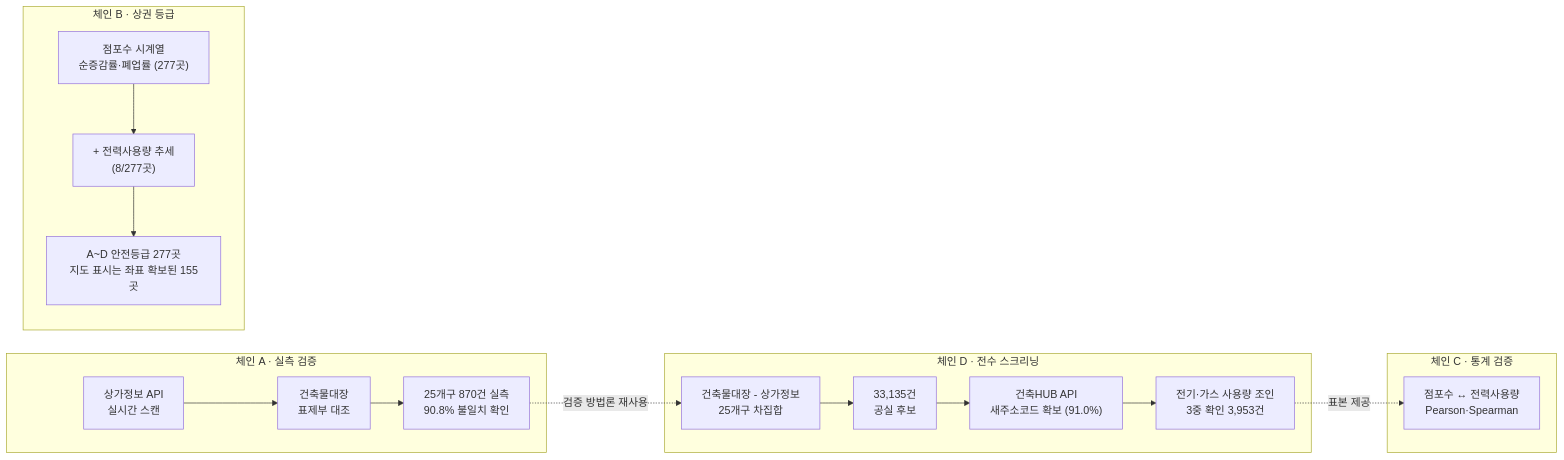
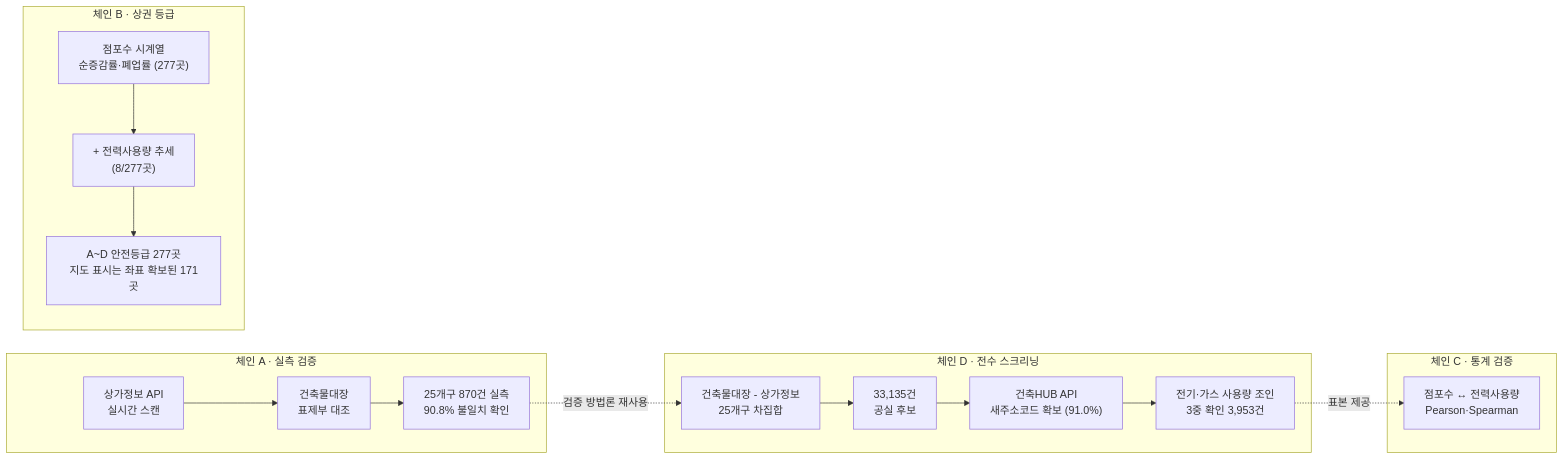
Before and after one commit to 0se0/vacancy-safety-diagnosis: the diagram in README.md, drawn with Mermaid. The commit also changed other lines of this file and 4 other files, not shown here.

````diff
--- a/README.md
+++ b/README.md
@@ -60,21 +60,21 @@
 ```mermaid
 flowchart LR
     subgraph A["체인 A · 실측 검증"]
         A1[상가정보 API<br/>실시간 스캔] --> A2[건축물대장<br/>표제부 대조]
         A2 --> A3["25개구 870건 실측<br/>90.8% 불일치 확인"]
     end
     subgraph D["체인 D · 전수 스크리닝"]
         D1["건축물대장 - 상가정보<br/>25개구 차집합"] --> D2["33,135건<br/>공실 후보"]
         D2 --> D3["건축HUB API<br/>새주소코드 확보 (91.0%)"]
         D3 --> D4["전기·가스 사용량 조인<br/>3중 확인 3,953건"]
     end
     subgraph B["체인 B · 상권 등급"]
         B1["점포수 시계열<br/>순증감률·폐업률 (277곳)"] --> B2["+ 전력사용량 추세<br/>(8/277곳)"]
-        B2 --> B3["A~D 안전등급 277곳<br/>지도 표시는 좌표 확보된 155곳"]
+        B2 --> B3["A~D 안전등급 277곳<br/>지도 표시는 좌표 확보된 171곳"]
     end
     subgraph C["체인 C · 통계 검증"]
         C1["점포수 ↔ 전력사용량<br/>Pearson·Spearman"]
     end
     A3 -.검증 방법론 재사용.-> D1
     D4 -.표본 제공.-> C1
 ```
````
